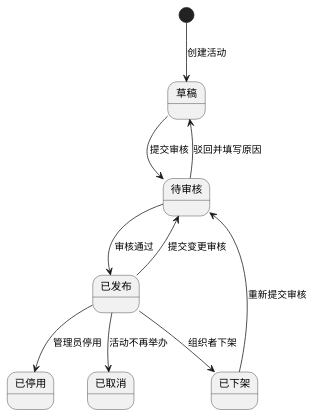
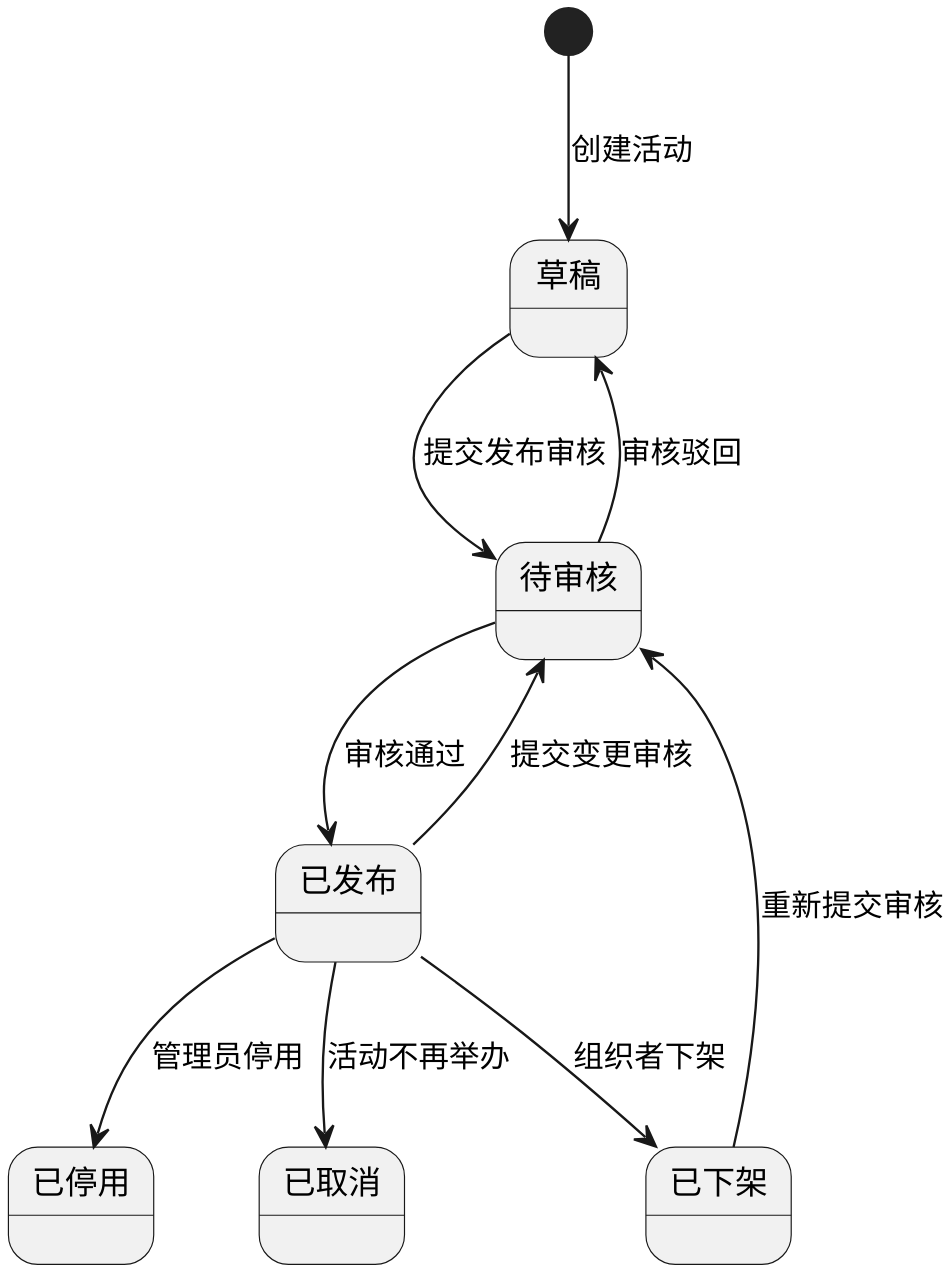
The diagram in UML/UML状态图_活动.puml (12245a/software-engineering-labs), drawn with PlantUML before and after one commit. The commit also changed 15 other files, not shown here.

Commit message:
实验二：人工修改 UML 图并导出 PNG

```diff
--- a/UML/UML状态图_活动.puml
+++ b/UML/UML状态图_活动.puml
@@ -1,20 +1,24 @@
 @startuml
-skinparam shadowing false
+skinparam dpi 300
+
 state "草稿" as Draft
 state "待审核" as Pending
 state "已发布" as Published
 state "已下架" as TakenDown
 state "已停用" as Disabled
 state "已取消" as Cancelled
 
 [*] --> Draft : 创建活动
-Draft --> Pending : 提交审核
+
+Draft --> Pending : 提交发布审核
 Pending --> Published : 审核通过
-Pending --> Draft : 驳回并填写原因
+Pending --> Draft : 审核驳回
+
 Published --> Pending : 提交变更审核
 Published --> TakenDown : 组织者下架
 Published --> Disabled : 管理员停用
 Published --> Cancelled : 活动不再举办
+
 TakenDown --> Pending : 重新提交审核
 
 @enduml
```
